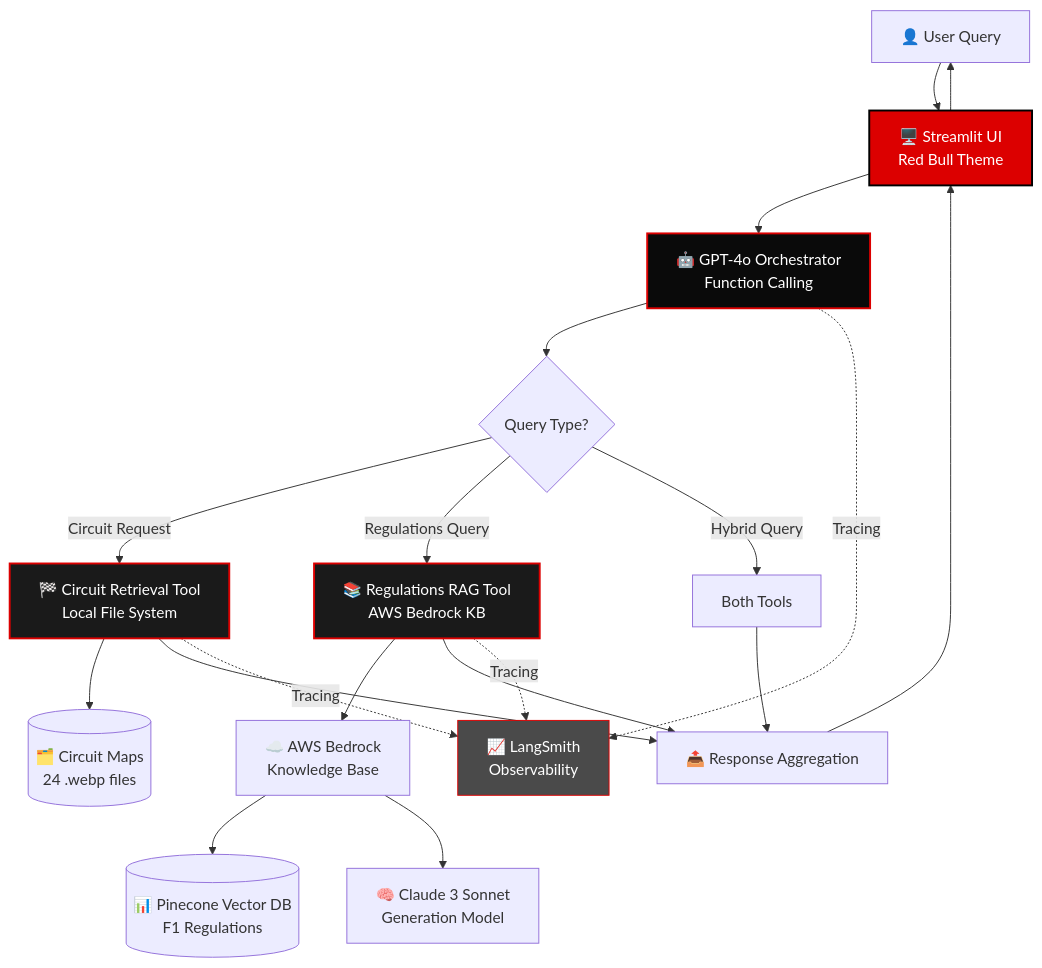
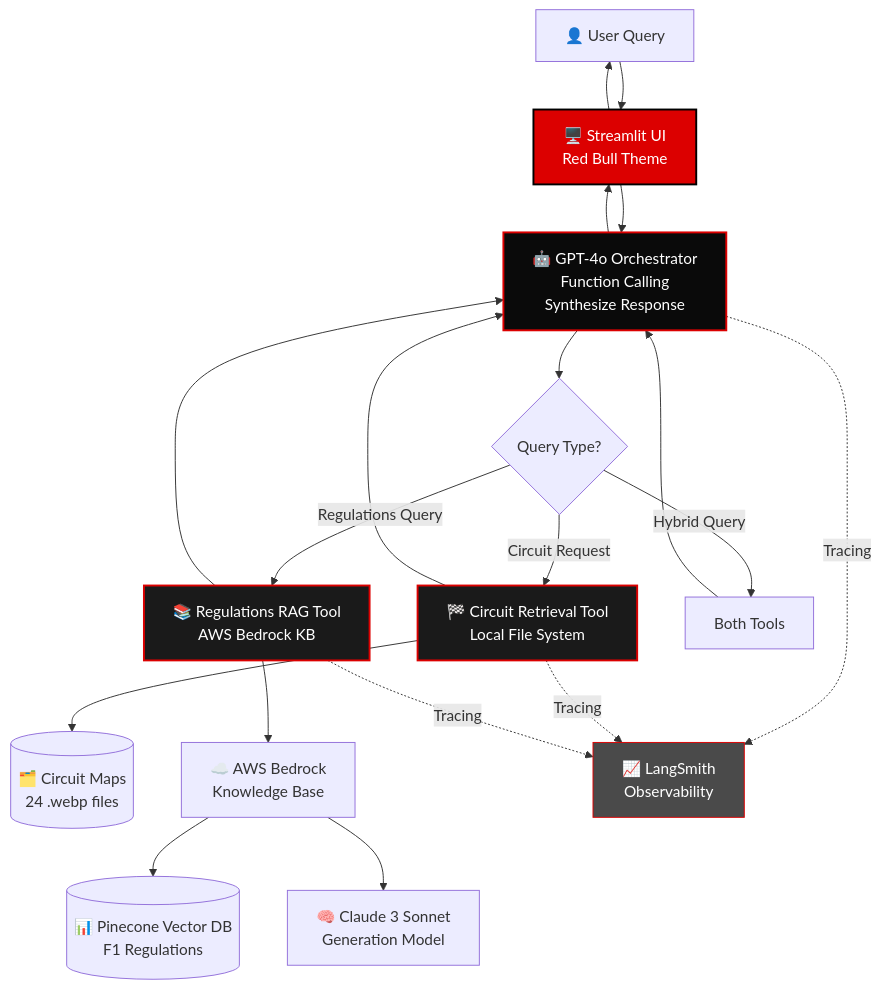
Before and after one commit to longhoag/f1-service-system-v1: the first of 3 diagrams in README.md, drawn with Mermaid. The commit also changed other lines of this file and 3 other files, not shown here.

````diff
--- a/README.md
+++ b/README.md
@@ -48,33 +48,33 @@
 ```mermaid
 graph TB
     User[👤 User Query] --> UI[🖥️ Streamlit UI<br/>Red Bull Theme]
-    UI --> Orchestrator[🤖 GPT-4o Orchestrator<br/>Function Calling]
+    UI --> Orchestrator[🤖 GPT-4o Orchestrator<br/>Function Calling<br/>Synthesize Response]
     
     Orchestrator --> Decision{Query Type?}
     
     Decision -->|Circuit Request| CircuitTool[🏁 Circuit Retrieval Tool<br/>Local File System]
     Decision -->|Regulations Query| RAGTool[📚 Regulations RAG Tool<br/>AWS Bedrock KB]
     Decision -->|Hybrid Query| Both[Both Tools]
     
     CircuitTool --> Storage[(🗂️ Circuit Maps<br/>24 .webp files)]
     RAGTool --> Bedrock[☁️ AWS Bedrock<br/>Knowledge Base]
     Bedrock --> Pinecone[(📊 Pinecone Vector DB<br/>F1 Regulations)]
     Bedrock --> Claude[🧠 Claude 3 Sonnet<br/>Generation Model]
     
-    CircuitTool --> Response[📤 Response Aggregation]
-    RAGTool --> Response
-    Both --> Response
+    CircuitTool --> Orchestrator
+    RAGTool --> Orchestrator
+    Both --> Orchestrator
     
-    Response --> UI
+    Orchestrator --> UI
     UI --> User
     
     Orchestrator -.->|Tracing| LangSmith[📈 LangSmith<br/>Observability]
     CircuitTool -.->|Tracing| LangSmith
     RAGTool -.->|Tracing| LangSmith
     
     style UI fill:#dc0000,stroke:#000,stroke-width:2px,color:#fff
     style Orchestrator fill:#0a0a0a,stroke:#dc0000,stroke-width:2px,color:#fff
     style CircuitTool fill:#1a1a1a,stroke:#dc0000,stroke-width:2px,color:#fff
     style RAGTool fill:#1a1a1a,stroke:#dc0000,stroke-width:2px,color:#fff
     style LangSmith fill:#4a4a4a,stroke:#dc0000,stroke-width:1px,color:#fff
 ```
````
